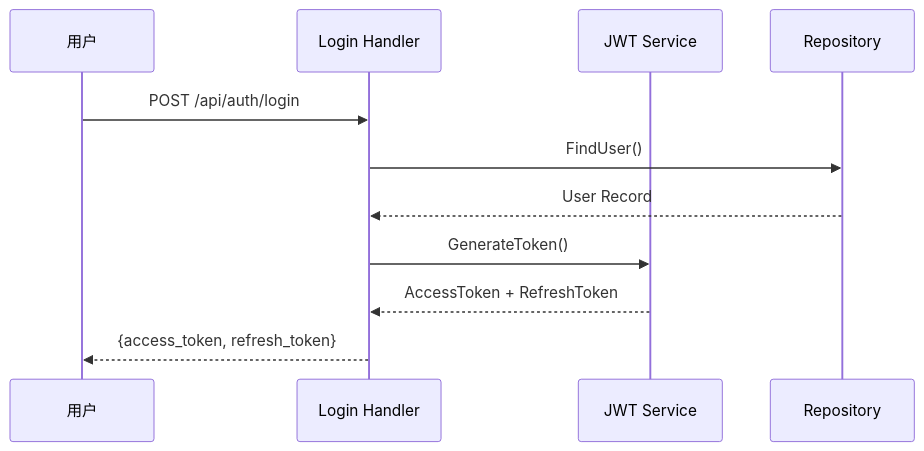
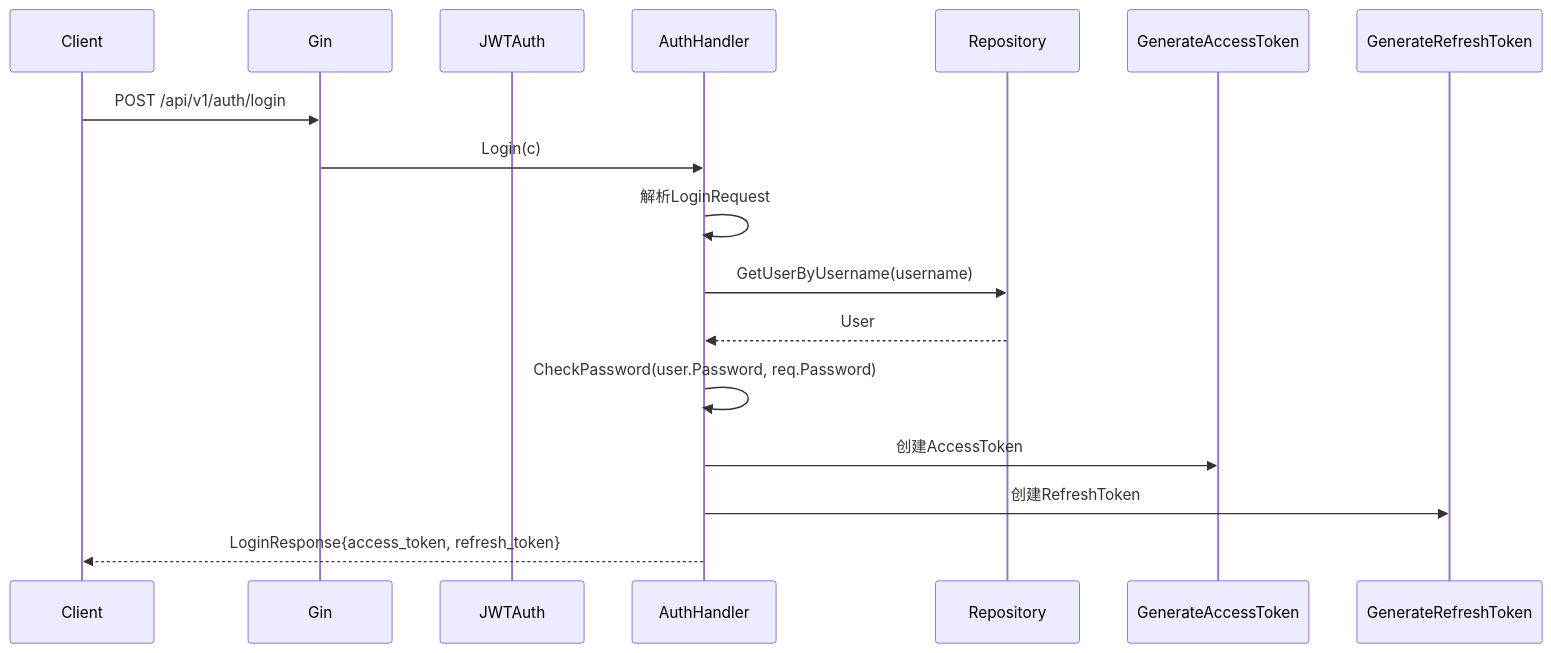
Before and after one commit to gcggcg/node-pilot: the seventh of 8 diagrams in docs/modules/node-pilot.md, drawn with Mermaid. The commit also changed other lines of this file and 534 other files, not shown here.

````diff
--- a/docs/modules/node-pilot.md
+++ b/docs/modules/node-pilot.md
@@ -263,14 +329,18 @@
 ```mermaid
 sequenceDiagram
-    participant User as 用户
-    participant Login as Login Handler
-    participant JWT as JWT Service
-    participant DB as Repository
+    participant Client
+    participant Gin
+    participant JWTAuth
+    participant AuthHandler
+    participant Repository
     
-    User->>Login: POST /api/auth/login
-    Login->>DB: FindUser()
-    DB-->>Login: User Record
-    Login->>JWT: GenerateToken()
-    JWT-->>Login: AccessToken + RefreshToken
-    Login-->>User: {access_token, refresh_token}
+    Client->>Gin: POST /api/v1/auth/login
+    Gin->>AuthHandler: Login(c)
+    AuthHandler->>AuthHandler: 解析LoginRequest
+    AuthHandler->>Repository: GetUserByUsername(username)
+    Repository-->>AuthHandler: User
+    AuthHandler->>AuthHandler: CheckPassword(user.Password, req.Password)
+    AuthHandler->>GenerateAccessToken: 创建AccessToken
+    AuthHandler->>GenerateRefreshToken: 创建RefreshToken
+    AuthHandler-->>Client: LoginResponse{access_token, refresh_token}
 ```
````
